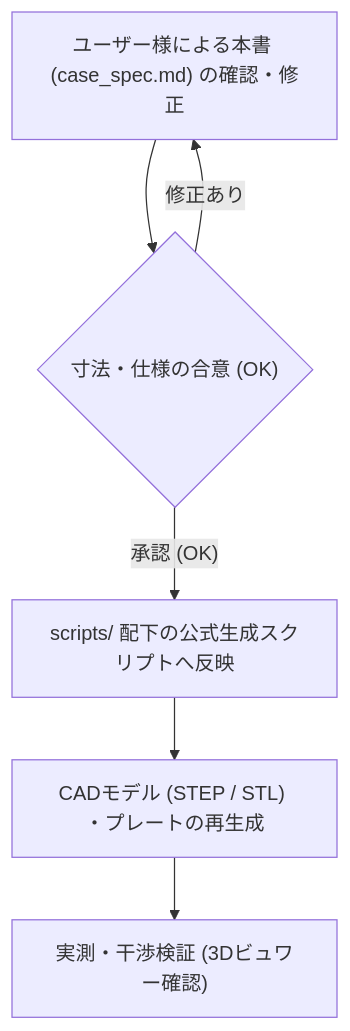
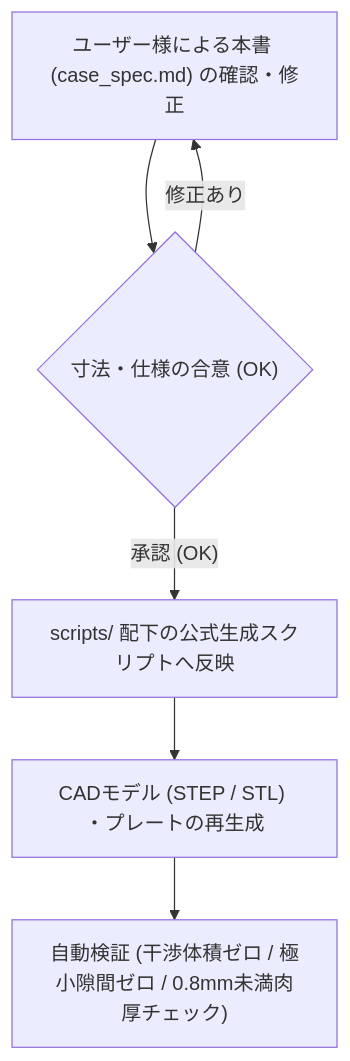
The diagram in docs/case_spec.md (oktntko/curcur40), drawn with Mermaid before and after one commit. The commit also changed other lines of this file and 5 other files, not shown here.

````diff
--- a/docs/case_spec.md
+++ b/docs/case_spec.md
@@ -371,8 +371,8 @@
 ```mermaid
 flowchart TD
     A["ユーザー様による本書 (case_spec.md) の確認・修正"] --> B{"寸法・仕様の合意 (OK)"}
     B -- "修正あり" --> A
     B -- "承認 (OK)" --> C["scripts/ 配下の公式生成スクリプトへ反映"]
     C --> D["CADモデル (STEP / STL) ・プレートの再生成"]
-    D --> E["実測・干渉検証 (3Dビュワー確認)"]
+    D --> E["自動検証 (干渉体積ゼロ / 極小隙間ゼロ / 0.8mm未満肉厚チェック)"]
 ```
````
